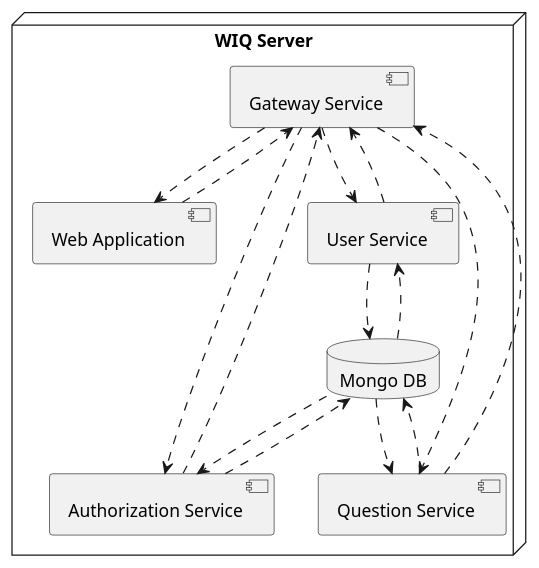
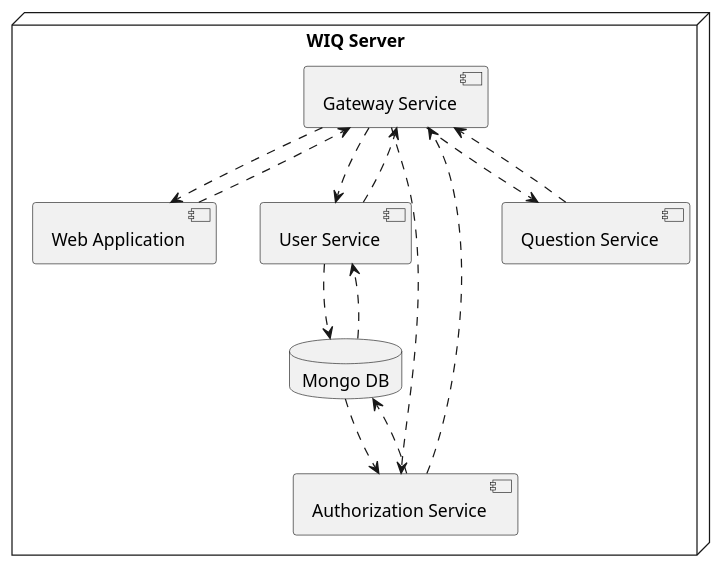
Before and after one commit to Arquisoft/wiq_en1a: the second of 2 diagrams in docs/src/07_deployment_view.adoc, drawn with PlantUML.

Commit message:
Removed mongodb relation from and to question-service in deployment view

```diff
--- a/docs/src/07_deployment_view.adoc
+++ b/docs/src/07_deployment_view.adoc
@@ -93,35 +93,32 @@
 [plantuml,"Deployment view L2",png]
 ----
 node "WIQ Server"{
   component GS as "Gateway Service"
   component WA as "Web Application"
   component US as "User Service"
   component AS as "Authorization Service"
   component QS as "Question Service"
   database MDB as "Mongo DB"
 }
 
 
 
 
 GS-[dashed]->WA
 WA-[dashed]->GS
 
 GS-[dashed]->AS
 AS-[dashed]->GS
 
 GS-[dashed]->US
 US-[dashed]->GS
 
 GS-[dashed]->QS
 QS-[dashed]->GS
 
 AS-[dashed]->MDB
 MDB-[dashed]->AS
 
 US-[dashed]->MDB
 MDB-[dashed]->US
-
-QS-[dashed]->MDB
-MDB-[dashed]->QS
 ----
```
